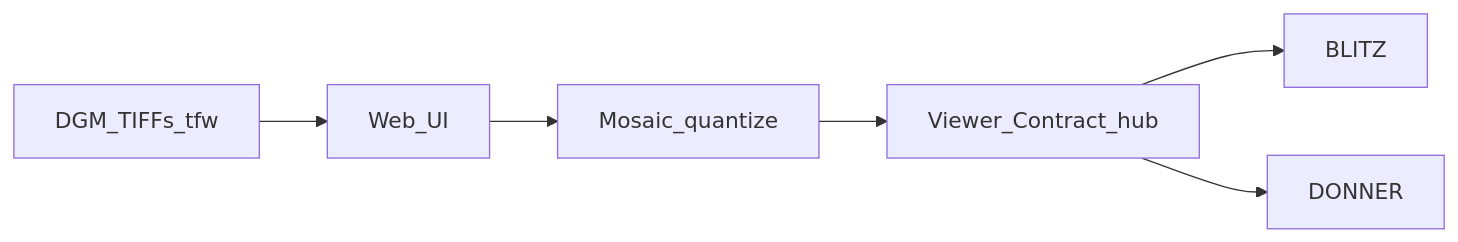
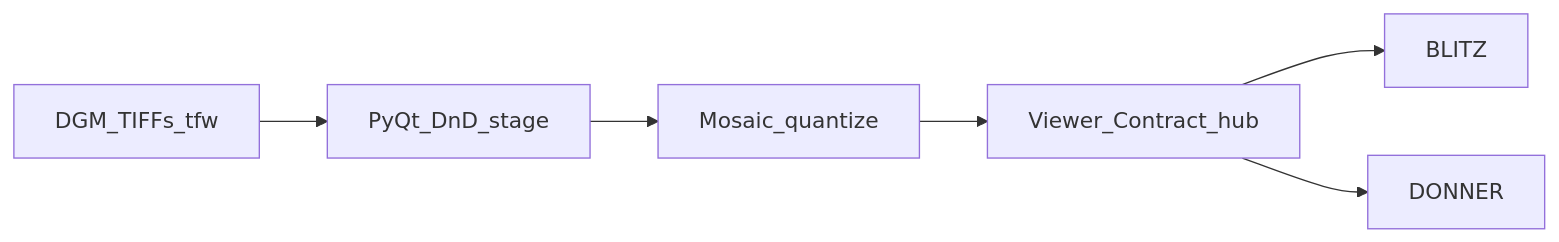
The diagram in architecture.md (PiMaV/dgm-mosaic), drawn with Mermaid before and after one commit. The commit also changed other lines of this file and 19 other files, not shown here.

````diff
--- a/architecture.md
+++ b/architecture.md
@@ -3,12 +3,12 @@
 ```mermaid
 flowchart LR
   tifs[DGM_TIFFs_tfw]
-  ui[Web_UI]
+  ui[PyQt_DnD_stage]
   mosaic[Mosaic_quantize]
   hub[Viewer_Contract_hub]
   blitz[BLITZ]
   donner[DONNER]
   tifs --> ui --> mosaic --> hub
   hub --> blitz
   hub --> donner
 ```
````
